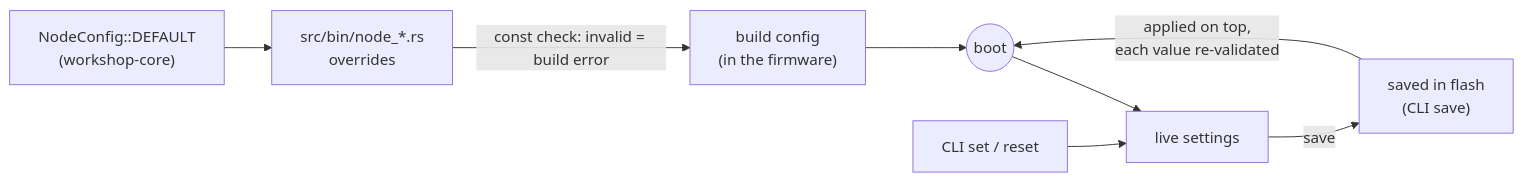
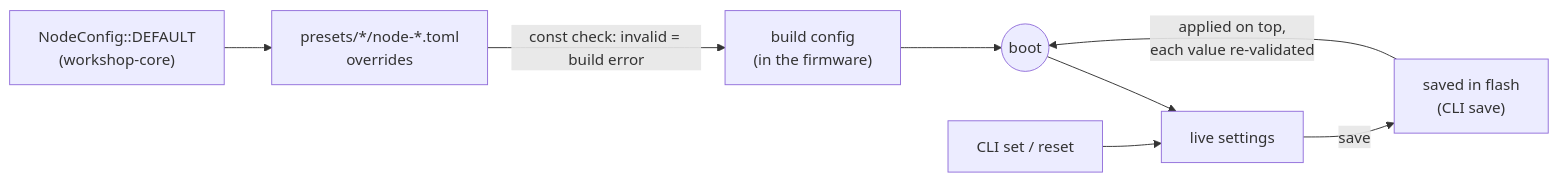
One commit to Lpwlk/esp32-rust-workshop changed the diagram in docs/book/configuration.md. Above: the diagram before and after it, drawn with Mermaid. The commit also changed other lines of this file and 20 other files, not shown here.

````diff
--- a/docs/book/configuration.md
+++ b/docs/book/configuration.md
@@ -18,10 +18,10 @@
 ```mermaid
 flowchart LR
-    default["NodeConfig::DEFAULT<br/>(workshop-core)"] --> node["src/bin/node_*.rs<br/>overrides"]
+    default["NodeConfig::DEFAULT<br/>(workshop-core)"] --> node["presets/*/node-*.toml<br/>overrides"]
     node -- "const check: invalid = build error" --> build["build config<br/>(in the firmware)"]
     build --> boot(("boot"))
     flash["saved in flash<br/>(CLI save)"] -- "applied on top,<br/>each value re-validated" --> boot
     boot --> live["live settings"]
     cli["CLI set / reset"] --> live
     live -- "save" --> flash
 ```
````
